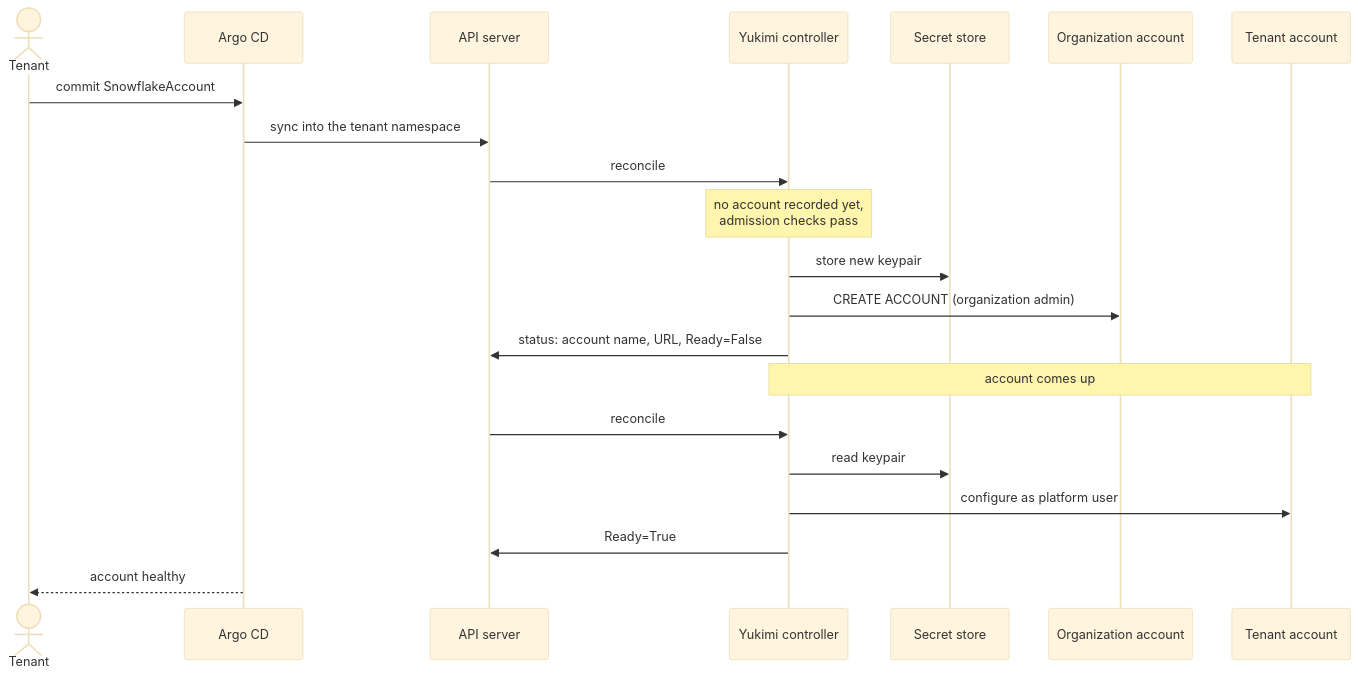
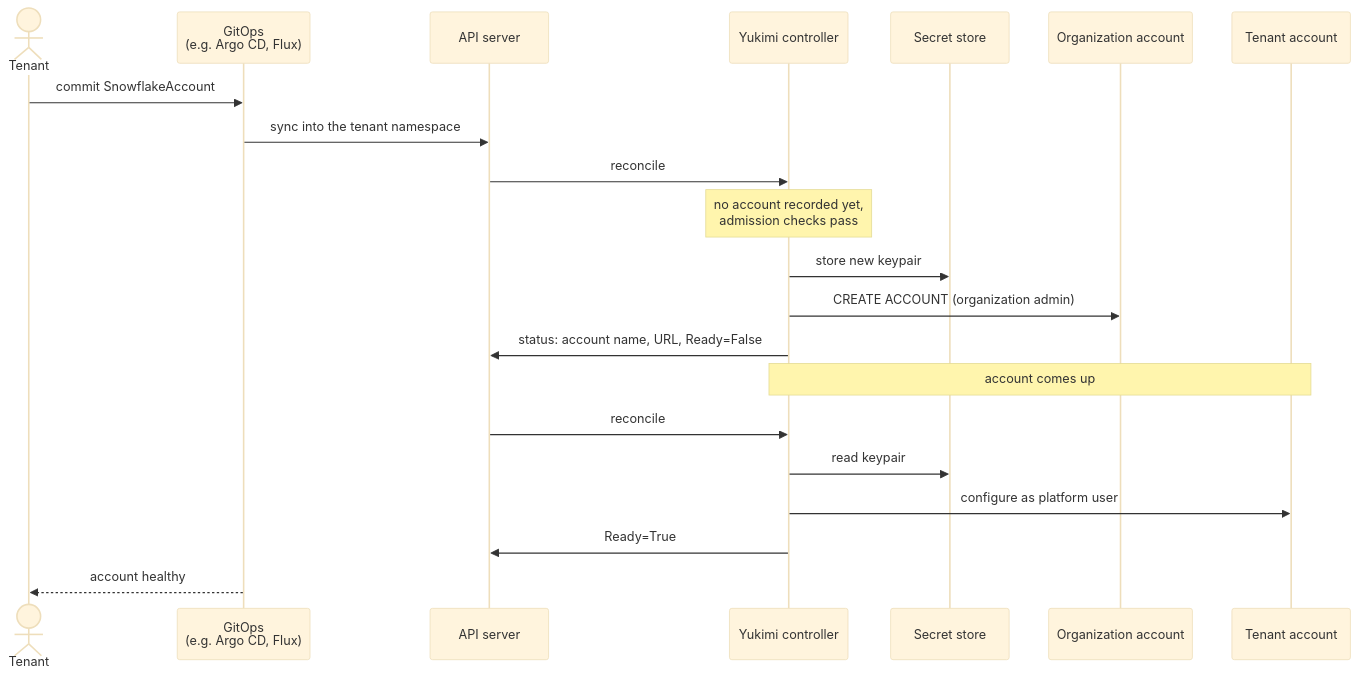
Before and after one commit to allianz/yukimi: the third of 6 diagrams in docs/architecture.md, drawn with Mermaid (base theme). The commit also changed other lines of this file, not shown here.

````diff
--- a/docs/architecture.md
+++ b/docs/architecture.md
@@ -234,24 +225,24 @@
 ```mermaid
 sequenceDiagram
     actor Tenant
-    participant Argo as Argo CD
+    participant GitOps as GitOps<br/>(e.g. Argo CD, Flux)
     participant K8s as API server
     participant Ctrl as Yukimi controller
     participant Store as Secret store
     participant Org as Organization account
     participant Acc as Tenant account
 
-    Tenant->>Argo: commit SnowflakeAccount
-    Argo->>K8s: sync into the tenant namespace
+    Tenant->>GitOps: commit SnowflakeAccount
+    GitOps->>K8s: sync into the tenant namespace
     K8s->>Ctrl: reconcile
     Note over Ctrl: no account recorded yet,<br/>admission checks pass
     Ctrl->>Store: store new keypair
     Ctrl->>Org: CREATE ACCOUNT (organization admin)
     Ctrl->>K8s: status: account name, URL, Ready=False
     Note over Ctrl,Acc: account comes up
     K8s->>Ctrl: reconcile
     Ctrl->>Store: read keypair
     Ctrl->>Acc: configure as platform user
     Ctrl->>K8s: Ready=True
-    Argo-->>Tenant: account healthy
+    GitOps-->>Tenant: account healthy
 ```
````
